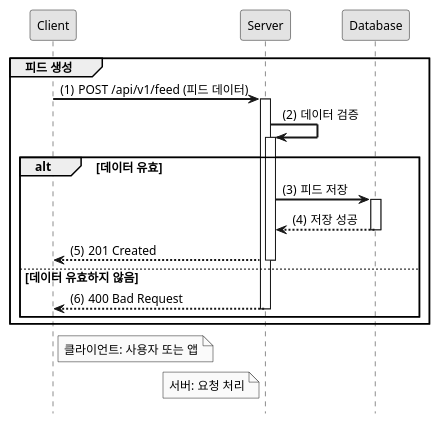
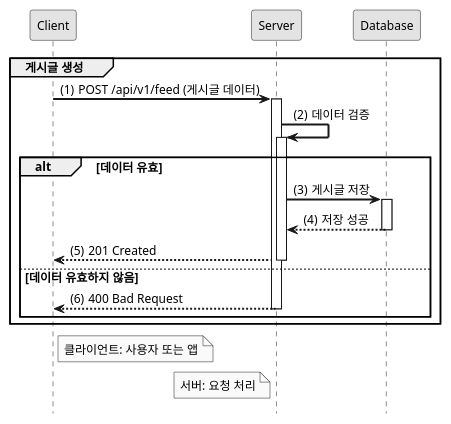
The diagram in sequence/createFeed.puml (sumin220/SpringBoot_MemberBoard), drawn with PlantUML before and after one commit. The commit also changed 7 other files, not shown here.

```diff
--- a/sequence/createFeed.puml
+++ b/sequence/createFeed.puml
@@ -1,33 +1,33 @@
 @startuml
 
 hide footbox
 autoactivate on
 
 ' 스타일 설정
 skinparam monochrome true
 skinparam shadowing false
 skinparam defaultFontSize 12
 skinparam defaultFontName Arial
 skinparam sequenceArrowThickness 2
 
 participant "Client" as C
 participant "Server" as S
 participant "Database" as DB
 
-group 피드 생성
+group 게시글 생성
     autonumber 1 "(0)"
-    C -> S: POST /api/v1/feed (피드 데이터)
+    C -> S: POST /api/v1/feed (게시글 데이터)
     S -> S: 데이터 검증
     alt 데이터 유효
-        S -> DB: 피드 저장
+        S -> DB: 게시글 저장
         DB --> S: 저장 성공
         S --> C: 201 Created
     else 데이터 유효하지 않음
         S --> C: 400 Bad Request
     end
 end
 
 note right of C: 클라이언트: 사용자 또는 앱
 note left of S: 서버: 요청 처리
 
 @enduml
```
